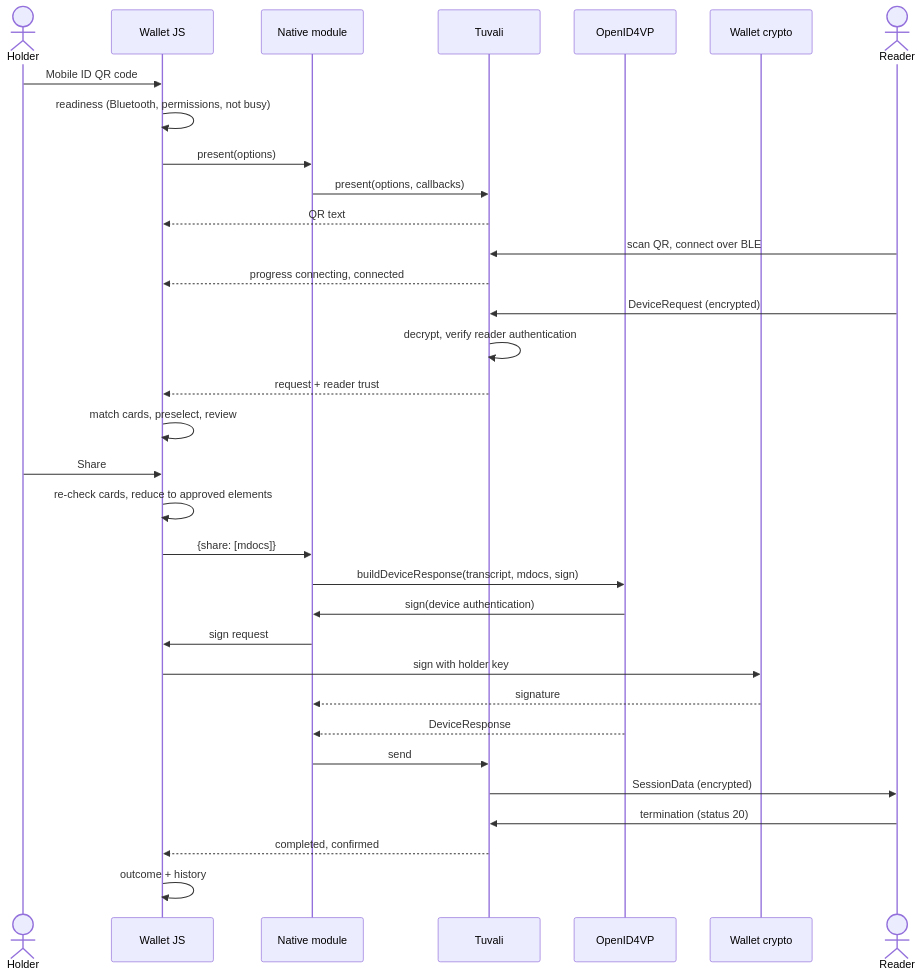
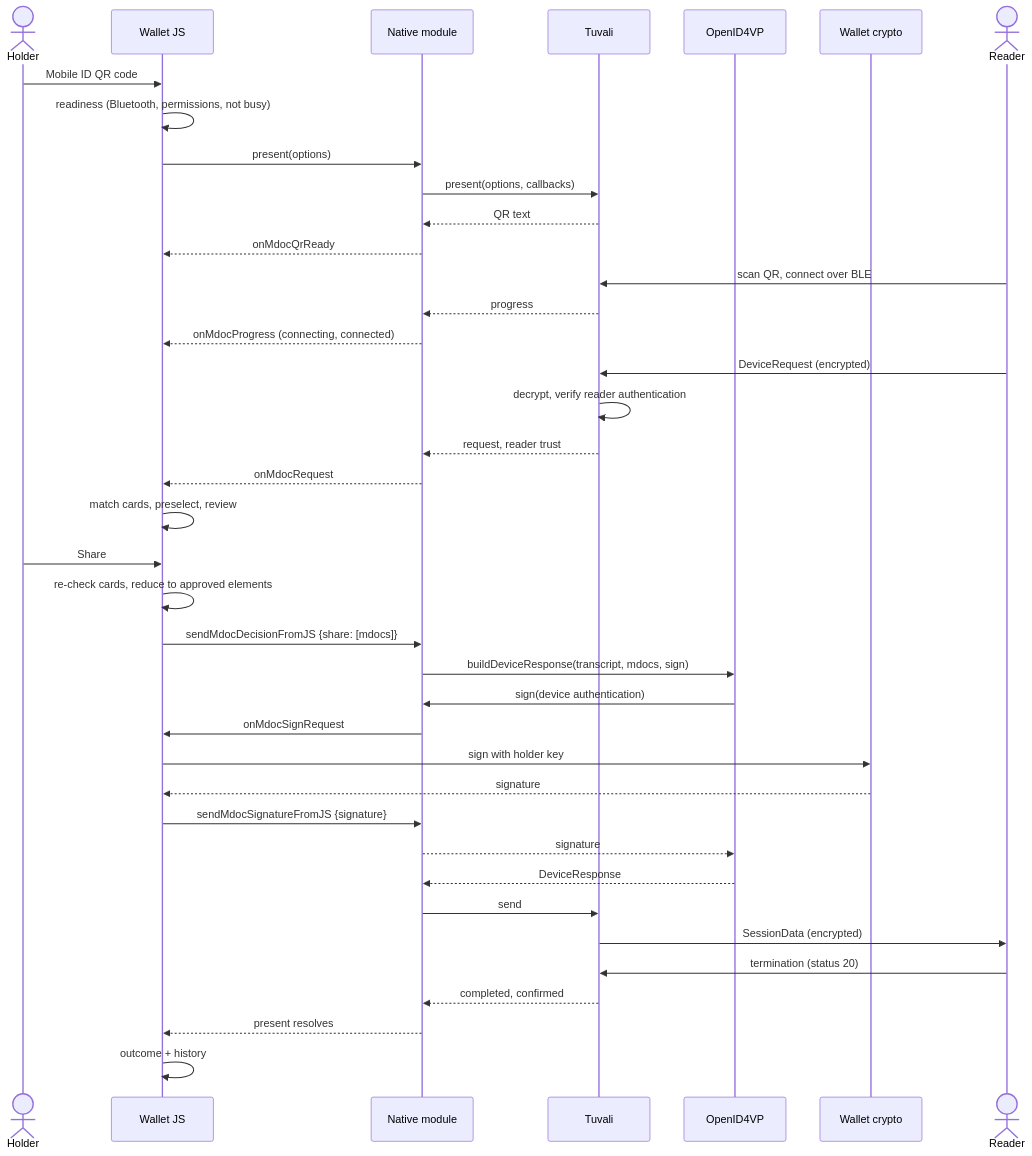
The second of 2 diagrams in docs/mdoc-proximity-design.md (inji/inji-wallet), drawn with Mermaid before and after one commit. The commit also changed other lines of this file, not shown here.

Commit message:
docs(mdoc): address design review comments

````diff
--- a/docs/mdoc-proximity-design.md
+++ b/docs/mdoc-proximity-design.md
@@ -72,36 +77,42 @@
 ```mermaid
 sequenceDiagram
     actor Holder
     participant JS as Wallet JS
     participant Native as Native module
     participant Tuvali
     participant OVP as OpenID4VP
     participant Crypto as Wallet crypto
     actor Reader
 
     Holder->>JS: Mobile ID QR code
     JS->>JS: readiness (Bluetooth, permissions, not busy)
     JS->>Native: present(options)
     Native->>Tuvali: present(options, callbacks)
-    Tuvali-->>JS: QR text
+    Tuvali-->>Native: QR text
+    Native-->>JS: onMdocQrReady
     Reader->>Tuvali: scan QR, connect over BLE
-    Tuvali-->>JS: progress connecting, connected
+    Tuvali-->>Native: progress
+    Native-->>JS: onMdocProgress (connecting, connected)
     Reader->>Tuvali: DeviceRequest (encrypted)
     Tuvali->>Tuvali: decrypt, verify reader authentication
-    Tuvali-->>JS: request + reader trust
+    Tuvali-->>Native: request, reader trust
+    Native-->>JS: onMdocRequest
     JS->>JS: match cards, preselect, review
     Holder->>JS: Share
     JS->>JS: re-check cards, reduce to approved elements
-    JS->>Native: {share: [mdocs]}
+    JS->>Native: sendMdocDecisionFromJS {share: [mdocs]}
     Native->>OVP: buildDeviceResponse(transcript, mdocs, sign)
     OVP->>Native: sign(device authentication)
-    Native->>JS: sign request
+    Native->>JS: onMdocSignRequest
     JS->>Crypto: sign with holder key
-    Crypto-->>Native: signature
+    Crypto-->>JS: signature
+    JS->>Native: sendMdocSignatureFromJS {signature}
+    Native-->>OVP: signature
     OVP-->>Native: DeviceResponse
     Native->>Tuvali: send
     Tuvali->>Reader: SessionData (encrypted)
     Reader->>Tuvali: termination (status 20)
-    Tuvali-->>JS: completed, confirmed
+    Tuvali-->>Native: completed, confirmed
+    Native-->>JS: present resolves
     JS->>JS: outcome + history
 ```
````
